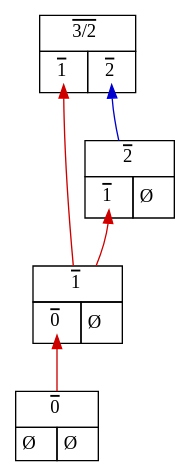
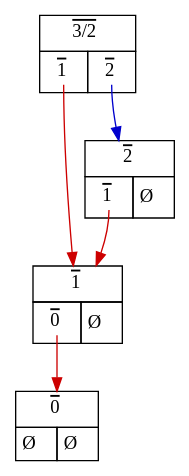
Before and after one commit to mroughan/SurrealNumbers.jl: the diagram in examples/Data/addition_ex_10.dot, drawn with Graphviz. The commit also changed 179 other files, not shown here.

```diff
--- a/examples/Data/addition_ex_10.dot
+++ b/examples/Data/addition_ex_10.dot
@@ -1,30 +1,30 @@
 digraph "1.5" {
    node_1 [shape=none,margin=0,label=
          <<TABLE BORDER="0" CELLBORDER="1" CELLSPACING="0" CELLPADDING="4">
          <TR><TD  CELLPADDING="5pt" COLSPAN="2"><o>3/2</o></TD></TR>
          <TR><TD PORT="L"> <TABLE BORDER="0" CELLBORDER="0" CELLPADDING="0"><TR><TD CELLPADDING="1pt" PORT="1,1"> <o>1</o> </TD> &nbsp; </TR></TABLE> </TD><TD PORT="R"> <TABLE BORDER="0" CELLBORDER="0" CELLPADDING="0"><TR><TD CELLPADDING="1pt"  PORT="2,1"> <o>2</o> </TD> &nbsp; </TR></TABLE> </TD></TR>
          </TABLE>>,
          ];
-   node_1:"1,1" -> node_2 [color="red3", dir=back];
+   node_1:"1,1" -> node_2 [color="red3", dir=forward];
    node_2 [shape=none,margin=0,label=
          <<TABLE BORDER="0" CELLBORDER="1" CELLSPACING="0" CELLPADDING="4">
          <TR><TD  CELLPADDING="5pt" COLSPAN="2"><o>1</o></TD></TR>
          <TR><TD PORT="L"> <TABLE BORDER="0" CELLBORDER="0" CELLPADDING="0"><TR><TD CELLPADDING="1pt" PORT="0,1"> <o>0</o> </TD> &nbsp; </TR></TABLE> </TD><TD PORT="R"> Ø </TD></TR>
          </TABLE>>,
          ];
-   node_2:"0,1" -> node_3 [color="red3", dir=back];
+   node_2:"0,1" -> node_3 [color="red3", dir=forward];
    node_3 [shape=none,margin=0,label=
          <<TABLE BORDER="0" CELLBORDER="1" CELLSPACING="0" CELLPADDING="4">
          <TR><TD  CELLPADDING="5pt" COLSPAN="2"><o>0</o></TD></TR>
          <TR><TD PORT="L"> Ø </TD><TD PORT="R"> Ø </TD></TR>
          </TABLE>>,
          ];
-   node_1:"2,1" -> node_4 [color="blue3", dir=back];
+   node_1:"2,1" -> node_4 [color="blue3", dir=forward];
    node_4 [shape=none,margin=0,label=
          <<TABLE BORDER="0" CELLBORDER="1" CELLSPACING="0" CELLPADDING="4">
          <TR><TD  CELLPADDING="5pt" COLSPAN="2"><o>2</o></TD></TR>
          <TR><TD PORT="L"> <TABLE BORDER="0" CELLBORDER="0" CELLPADDING="0"><TR><TD CELLPADDING="1pt" PORT="1,1"> <o>1</o> </TD> &nbsp; </TR></TABLE> </TD><TD PORT="R"> Ø </TD></TR>
          </TABLE>>,
          ];
-   node_4:"1,1" -> node_2 [color="red3", dir=back];
+   node_4:"1,1" -> node_2 [color="red3", dir=forward];
 }
```
